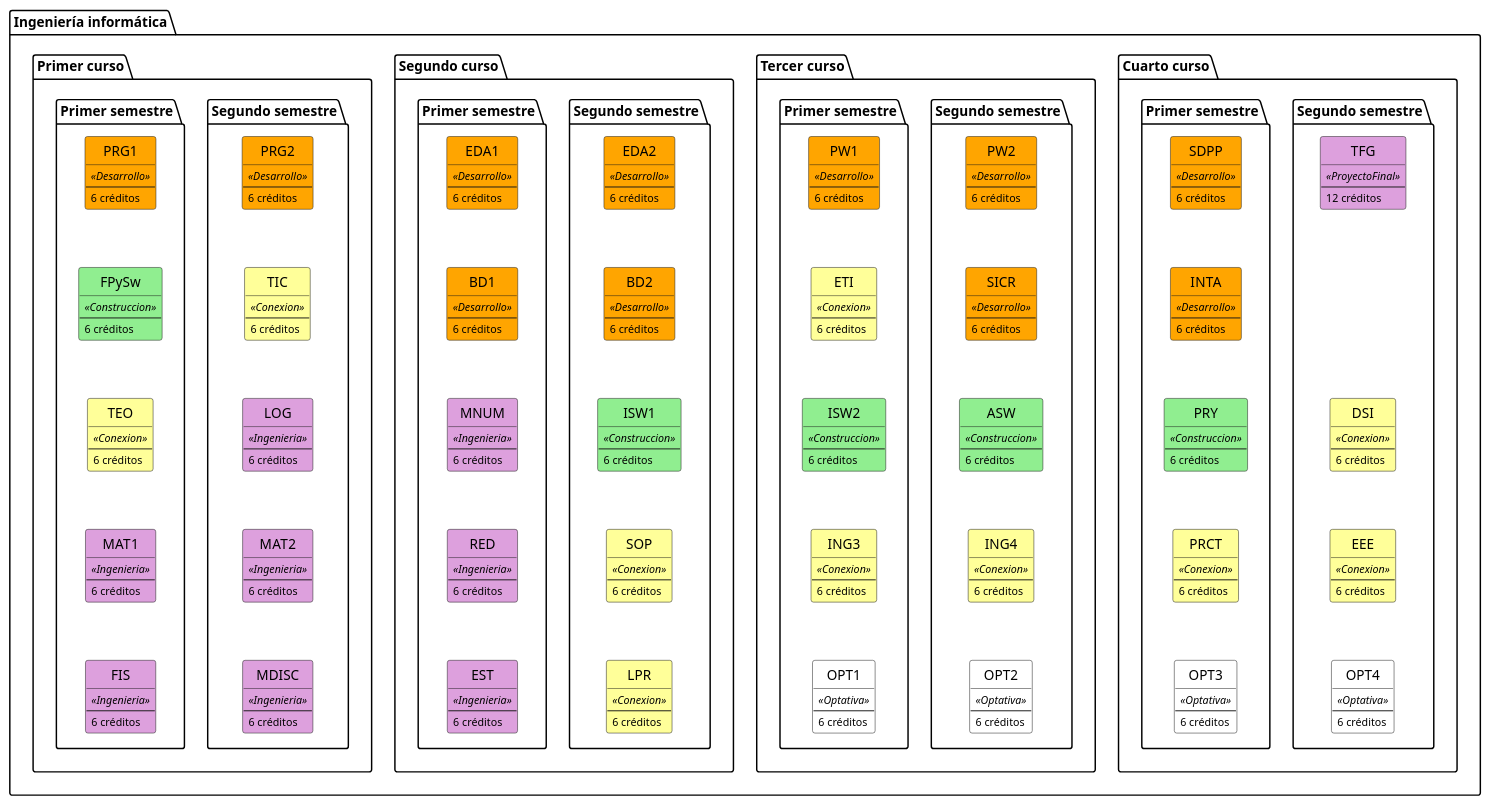
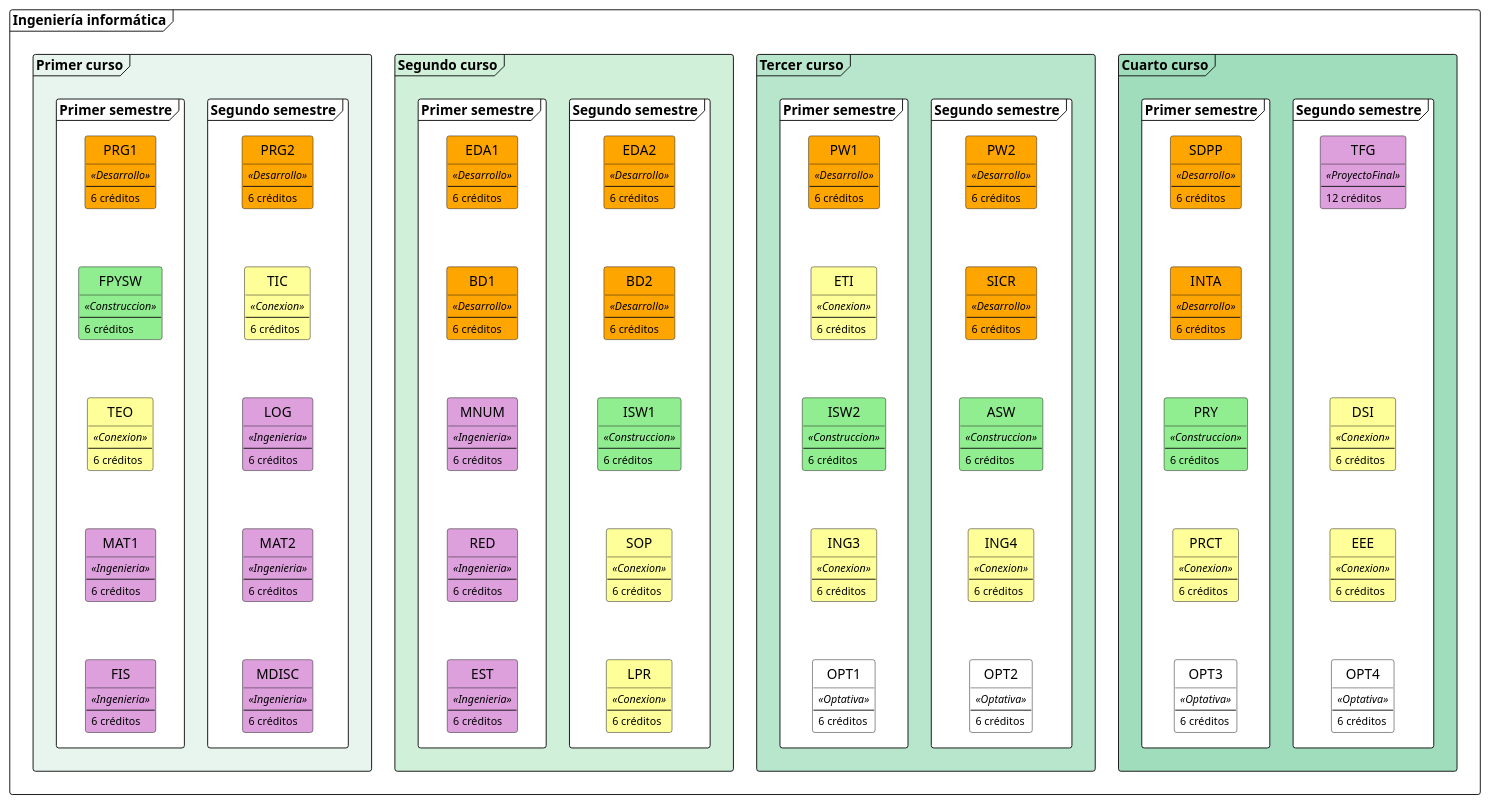
The diagram in modelosUML/malla.puml (mmasias/pyModifica2023), drawn with PlantUML before and after one commit. The commit also changed 2 other files, not shown here.

Commit message:
feat: mejora en diagramas y malla

```diff
--- a/modelosUML/malla.puml
+++ b/modelosUML/malla.puml
@@ -2,10 +2,14 @@
 
 hide circle
 
+skinparam PackageBorderThickness 999
+'skinparam PackageBorderColor #ffffff
+skinparam packageStyle frame
+
 package Informatica as "Ingeniería informática" {
 
-    package IV as "Cuarto curso" {
-        package s2 as "Segundo semestre" {
+    package IV as "Cuarto curso" #a0ddbdff {
+        package s2 as "Segundo semestre" #FFFFFF {
             class TFG #DDA0DD {
                 <sub><i><<ProyectoFinal>></i></sub>
                 ---
@@ -32,7 +36,7 @@
                 <sub>6 créditos</sub>
             }
         }
-        package s1 as "Primer semestre" {
+        package s1 as "Primer semestre"  #FFFFFF {
             class SDPP #FFA500 {
                 <sub><i><<Desarrollo>></i></sub>
                 ---
@@ -61,8 +65,8 @@
         }
     }
 
-    package III as "Tercer curso" {
-        package s2 as "Segundo semestre" {
+    package III as "Tercer curso" #b8e6ccff {
+        package s2 as "Segundo semestre" #FFFFFF {
             class PW2 #FFA500 {
                 <sub><i><<Desarrollo>></i></sub>
                 ---
@@ -89,7 +93,7 @@
                 <sub>6 créditos</sub>
             }
         }
-        package s1 as "Primer semestre" {
+        package s1 as "Primer semestre" #FFFFFF {
             class PW1 #FFA500 {
                 <sub><i><<Desarrollo>></i></sub>
                 ---
@@ -118,8 +122,8 @@
         }
     }
 
-    package II as "Segundo curso" {
-        package s2 as "Segundo semestre" {
+    package II as "Segundo curso" #d0f0daff {
+        package s2 as "Segundo semestre" #FFFFFF {
             class EDA2 #FFA500 {
                 <sub><i><<Desarrollo>></i></sub>
                 ---
@@ -146,7 +150,7 @@
                 <sub>6 créditos</sub>
             }
         }
-        package s1 as "Primer semestre" {
+        package s1 as "Primer semestre" #FFFFFF {
             class EDA1 #FFA500 {
                 <sub><i><<Desarrollo>></i></sub>
                 ---
@@ -175,8 +179,8 @@
         }
     }
 
-    package I as "Primer curso" {
-        package s2 as "Segundo semestre" {
+    package I as "Primer curso" #e8f5efff {
+        package s2 as "Segundo semestre" #FFFFFF {
             class PRG2 #FFA500 {
                 <sub><i><<Desarrollo>></i></sub>
                 ---
@@ -203,13 +207,13 @@
                 <sub>6 créditos</sub>
             }
         }
-        package s1 as "Primer semestre" {
+        package s1 as "Primer semestre" #FFFFFF {
             class PRG1 #FFA500 {
                 <sub><i><<Desarrollo>></i></sub>
                 ---
                 <sub>6 créditos</sub>
             }
-            class FPySw #90EE90 {
+            class FPYSW #90EE90 {
                 <sub><i><<Construccion>></i></sub>
                 ---
                 <sub>6 créditos</sub>
@@ -234,8 +238,8 @@
 
 }
 
-PRG1 -[hidden]d- FPySw
-FPySw -[hidden]d- TEO
+PRG1 -[hidden]d- FPYSW
+FPYSW -[hidden]d- TEO
 TEO  -[hidden]d- MAT1
 MAT1  -[hidden]d-  FIS
 
```
